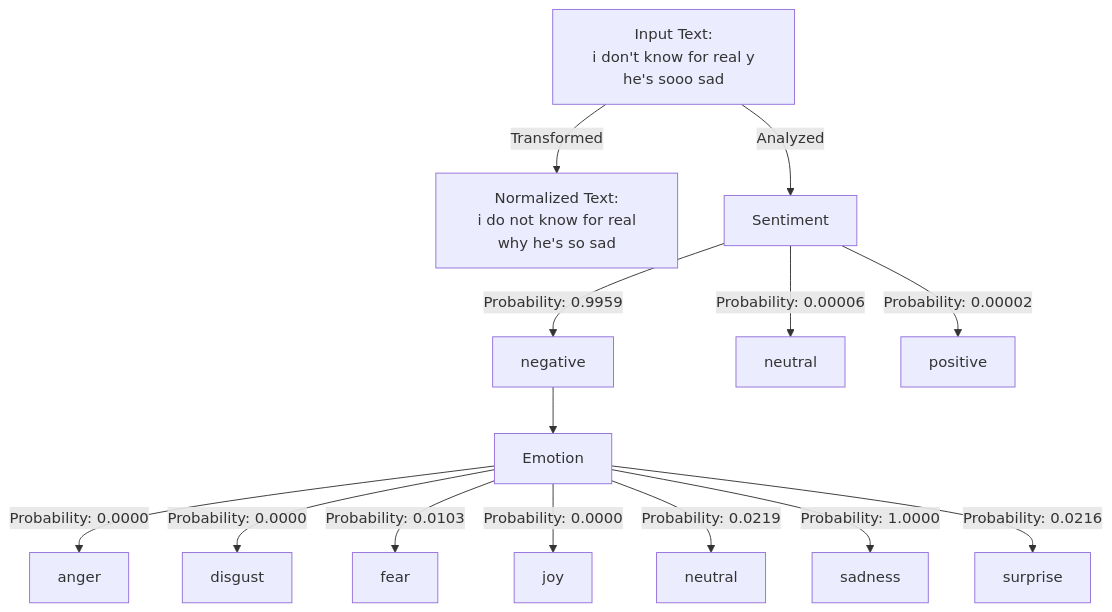
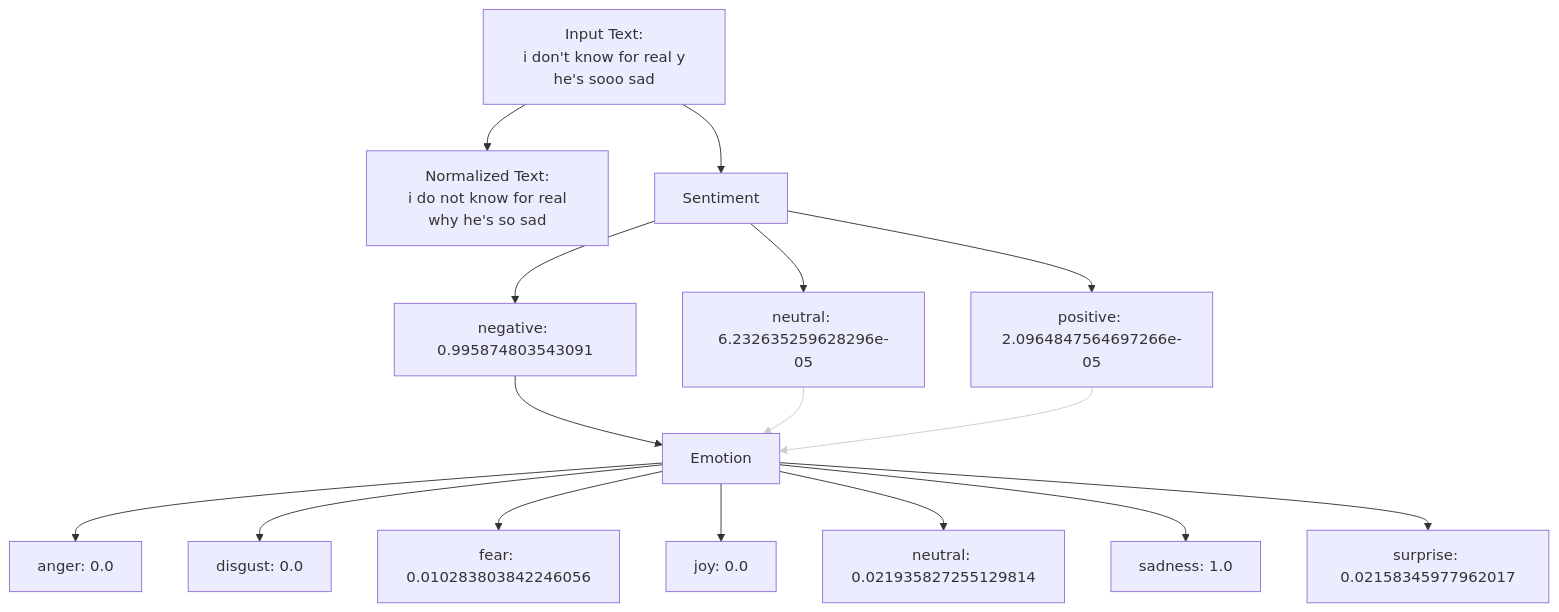
One commit to ArchismanKarmakar/Tachygraphy-Microtext-Analysis-And-Normalization changed the diagram in README.md. Above: the diagram before and after it, drawn with Mermaid.

````diff
--- a/README.md
+++ b/README.md
@@ -72,20 +72,43 @@
 ```mermaid
 graph TD;
-    A["Input Text:\n i don't know for real y he's sooo sad"] -->|Transformed| B["Normalized Text:\n i do not know for real why he's so sad"]
-    A -->|Analyzed| C["Sentiment"]
+    A["Input Text:\n i don't know for real y he's sooo sad"]
+    B["Normalized Text:\n i do not know for real why he's so sad"]
+    C["Sentiment"]
     
-    C -->|Probability: 0.9959| D["negative"]
-    C -->|Probability: 0.00006| E["neutral"]
-    C -->|Probability: 0.00002| F["positive"]
+    D["negative: 0.995874803543091"]
+    E["neutral: 6.232635259628296e-05"]
+    F["positive: 2.0964847564697266e-05"]
 
-    D --> G["Emotion"]
+    G["Emotion"]
     
-    G -->|Probability: 0.0000| H["anger"]
-    G -->|Probability: 0.0000| I["disgust"]
-    G -->|Probability: 0.0103| J["fear"]
-    G -->|Probability: 0.0000| K["joy"]
-    G -->|Probability: 0.0219| L["neutral"]
-    G -->|Probability: 1.0000| M["sadness"]
-    G -->|Probability: 0.0216| N["surprise"]
+    H["anger: 0.0"]
+    I["disgust: 0.0"]
+    J["fear: 0.010283803842246056"]
+    K["joy: 0.0"]
+    L["neutral: 0.021935827255129814"]
+    M["sadness: 1.0"]
+    N["surprise: 0.02158345977962017"]
+
+    A --> B
+    A --> C
+    C --> D
+    C --> E
+    C --> F
+
+    D --> G
+    E --> G
+    F --> G
+
+    G --> H
+    G --> I
+    G --> J
+    G --> K
+    G --> L
+    G --> M
+    G --> N
+
+%% Style the edges from "neutral" and "positive" to "Emotion" with a lighter stroke.
+linkStyle 6 stroke:#cccccc, stroke-width:1px;
+linkStyle 7 stroke:#cccccc, stroke-width:1px;
 
 ```
````
